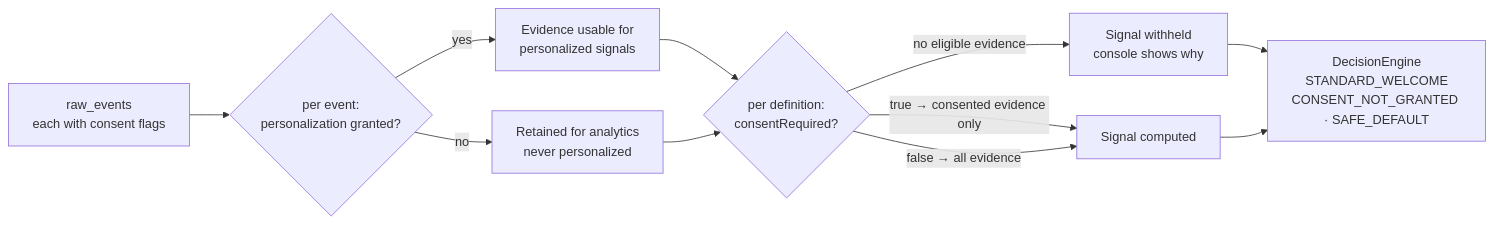
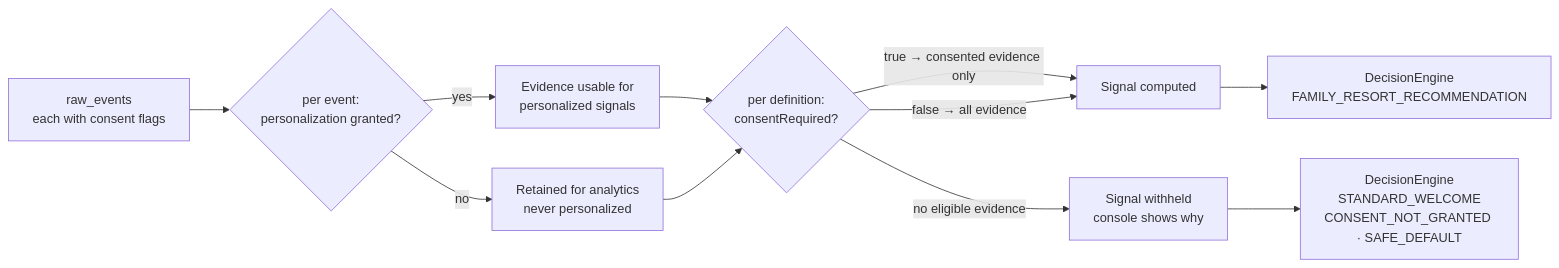
Before and after one commit to mohangundappa/aurora-intelligence: the second of 3 diagrams in docs/data-flow.md, drawn with Mermaid. The commit also changed other lines of this file, not shown here.

Commit message:
clarify data flow diagram routing

````diff
--- a/docs/data-flow.md
+++ b/docs/data-flow.md
@@ -91,22 +95,23 @@
 ```mermaid
 flowchart LR
   events["raw_events<br/>each with consent flags"]
   split{"per event:<br/>personalization granted?"}
   granted["Evidence usable for<br/>personalized signals"]
   denied["Retained for analytics<br/>never personalized"]
   defn{"per definition:<br/>consentRequired?"}
   computed["Signal computed"]
   withheld["Signal withheld<br/>console shows why"]
+  personalized["DecisionEngine<br/>FAMILY_RESORT_RECOMMENDATION"]
   safe["DecisionEngine<br/>STANDARD_WELCOME<br/>CONSENT_NOT_GRANTED · SAFE_DEFAULT"]
 
   events --> split
   split -->|"yes"| granted
   split -->|"no"| denied
   granted --> defn
   denied --> defn
   defn -->|"true → consented evidence only"| computed
   defn -->|"false → all evidence"| computed
   defn -->|"no eligible evidence"| withheld
   withheld --> safe
-  computed --> safe
+  computed --> personalized
 ```
````
